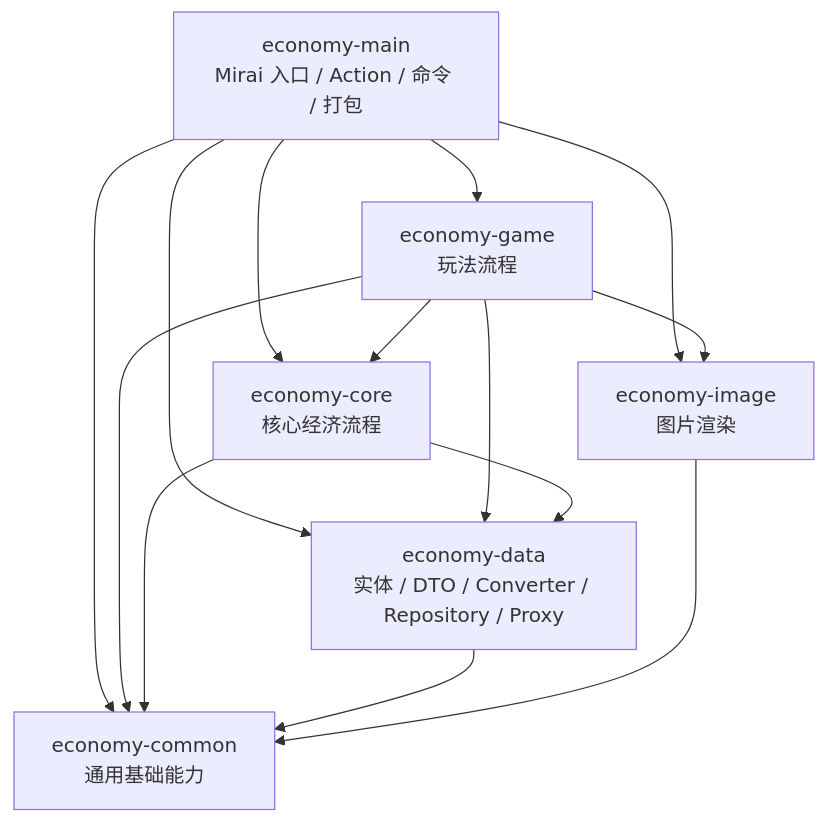
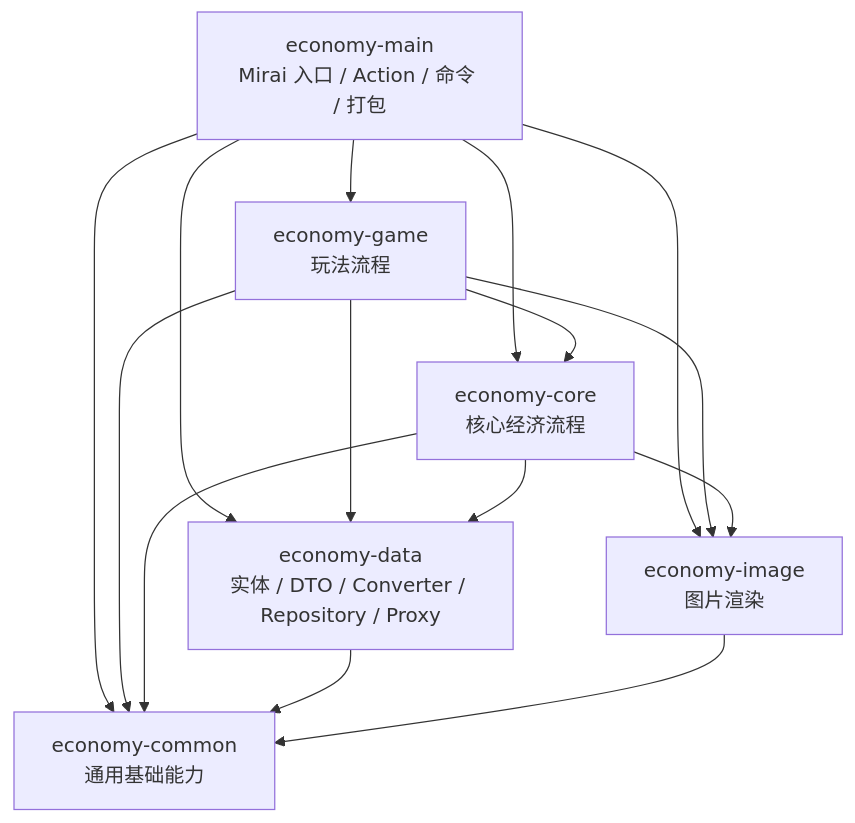
The first of 4 diagrams in docs/项目结构说明.md (Moyuyanli/HuYanEconomy), drawn with Mermaid before and after one commit. The commit also changed other lines of this file and 7 other files, not shown here.

````diff
--- a/docs/项目结构说明.md
+++ b/docs/项目结构说明.md
@@ -126,23 +149,24 @@
 ```mermaid
 graph TD
     Main[economy-main<br/>Mirai 入口 / Action / 命令 / 打包]
     Game[economy-game<br/>玩法流程]
     Core[economy-core<br/>核心经济流程]
     Data[economy-data<br/>实体 / DTO / Converter / Repository / Proxy]
     Image[economy-image<br/>图片渲染]
     Common[economy-common<br/>通用基础能力]
 
     Main --> Game
     Main --> Core
     Main --> Data
     Main --> Image
     Main --> Common
     Game --> Core
     Game --> Data
     Game --> Image
     Game --> Common
     Core --> Data
+    Core --> Image
     Core --> Common
     Data --> Common
     Image --> Common
 ```
````
